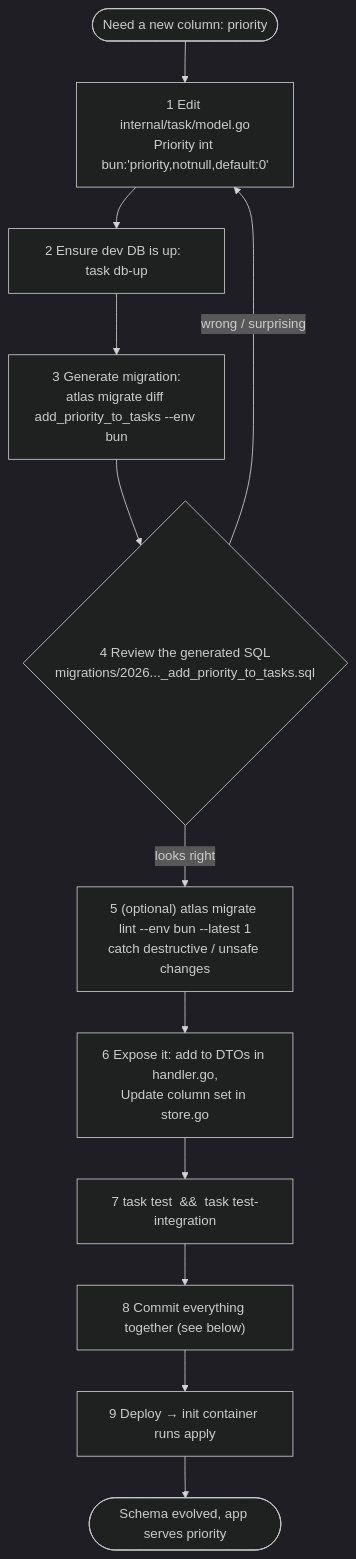
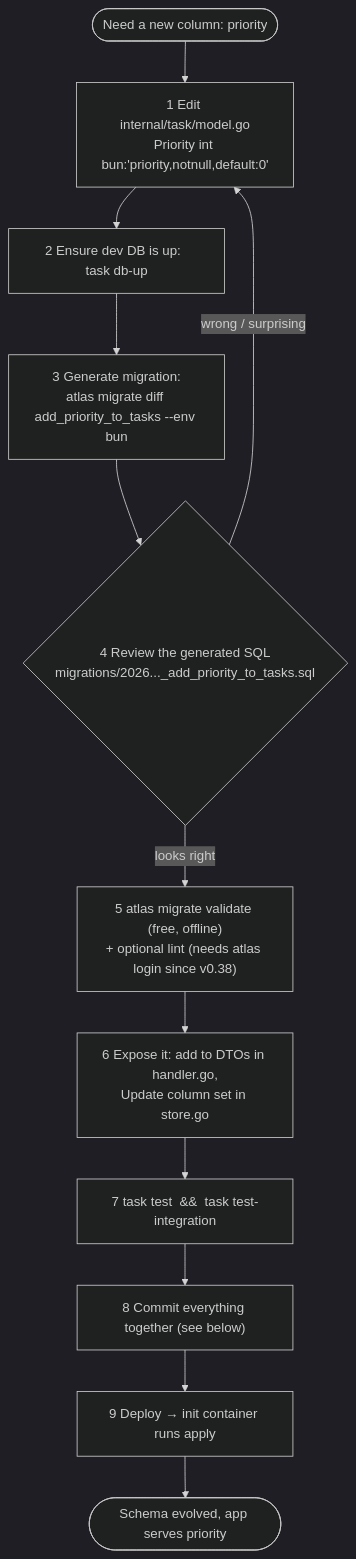
Before and after one commit to akshayvadher/bun-atlas: the fourth of 8 diagrams in docs/migrations-guide.md, drawn with Mermaid (dark theme). The commit also changed other lines of this file and 3 other files, not shown here.

````diff
--- a/docs/migrations-guide.md
+++ b/docs/migrations-guide.md
@@ -144,14 +170,14 @@
 ```mermaid
 flowchart TD
     S(["Need a new column: priority"]) --> E["1 Edit internal/task/model.go<br/>Priority int bun:'priority,notnull,default:0'"]
     E --> U["2 Ensure dev DB is up:  task db-up"]
     U --> D["3 Generate migration:<br/>atlas migrate diff add_priority_to_tasks --env bun"]
     D --> R{"4 Review the generated SQL<br/>migrations/2026..._add_priority_to_tasks.sql"}
     R -->|wrong / surprising| E
-    R -->|looks right| L["5 (optional) atlas migrate lint --env bun --latest 1<br/>catch destructive / unsafe changes"]
+    R -->|looks right| L["5 atlas migrate validate (free, offline)<br/>+ optional lint (needs atlas login since v0.38)"]
     L --> AC["6 Expose it: add to DTOs in handler.go,<br/>Update column set in store.go"]
     AC --> T["7 task test  &&  task test-integration"]
     T --> C["8 Commit everything together (see below)"]
     C --> AP["9 Deploy → init container runs apply"]
     AP --> Z(["Schema evolved, app serves priority"])
 ```
````
